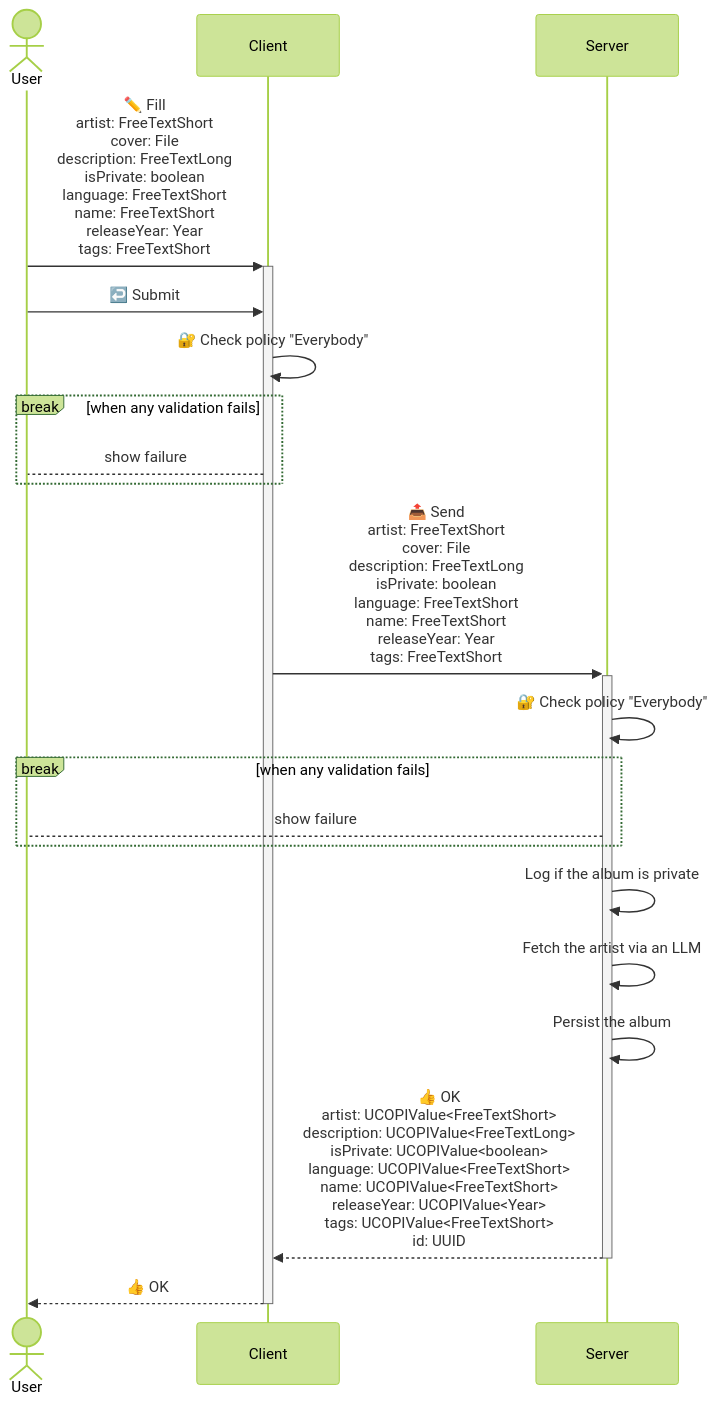
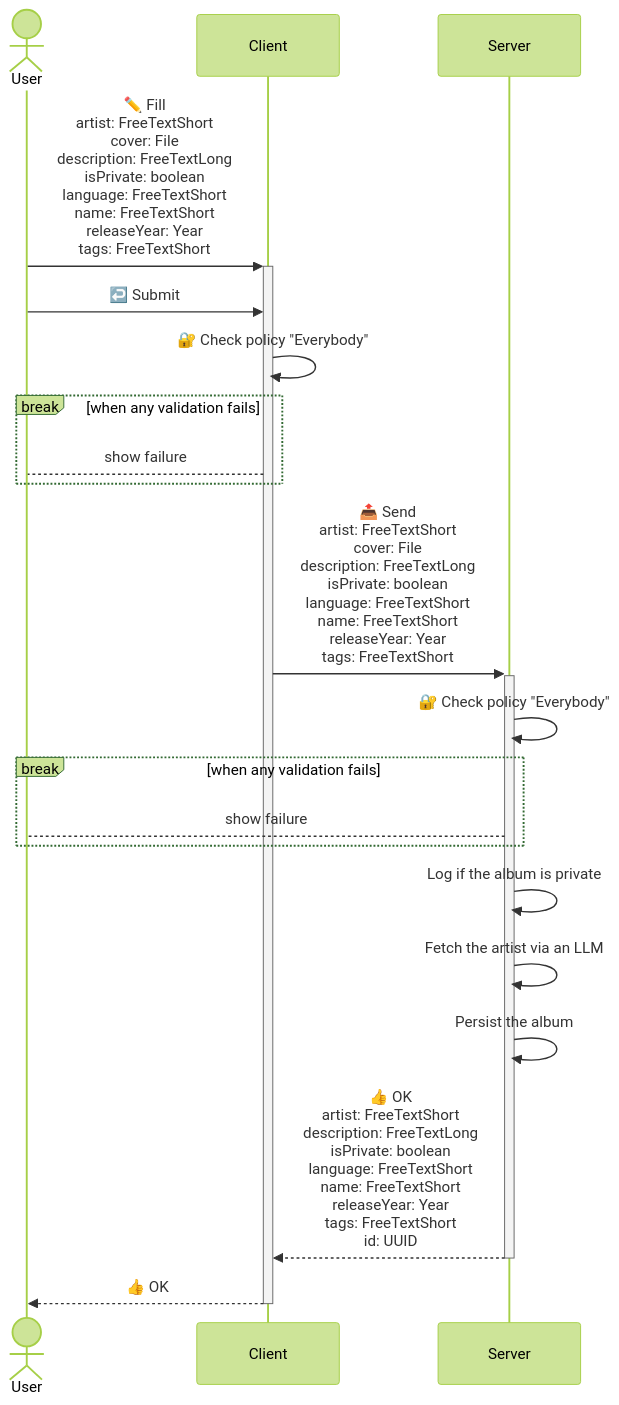
One commit to c100k/libmodulor changed the first of 6 diagrams in examples/apps/Spotify/README.md. Above: the diagram before and after it, drawn with Mermaid (forest theme). The commit also changed other lines of this file and 7 other files, not shown here.

````diff
--- a/examples/apps/Spotify/README.md
+++ b/examples/apps/Spotify/README.md
@@ -13,20 +13,20 @@
 ```mermaid
 sequenceDiagram
     actor User
     User->>+Client: ✏️ Fill<br/>artist: FreeTextShort<br/>cover: File<br/>description: FreeTextLong<br/>isPrivate: boolean<br/>language: FreeTextShort<br/>name: FreeTextShort<br/>releaseYear: Year<br/>tags: FreeTextShort
     User->>Client: ↩️ Submit
     Client->>Client: 🔐 Check policy "Everybody"
     break when any validation fails
         Client-->User: show failure
     end
     Client->>+Server: 📤 Send<br/>artist: FreeTextShort<br/>cover: File<br/>description: FreeTextLong<br/>isPrivate: boolean<br/>language: FreeTextShort<br/>name: FreeTextShort<br/>releaseYear: Year<br/>tags: FreeTextShort
     Server->>Server: 🔐 Check policy "Everybody"
     break when any validation fails
         Server-->User: show failure
     end
     Server->>Server: Log if the album is private
     Server->>Server: Fetch the artist via an LLM
     Server->>Server: Persist the album
-    Server-->>-Client: 👍 OK<br/>artist: UCOPIValue<FreeTextShort><br/>description: UCOPIValue<FreeTextLong><br/>isPrivate: UCOPIValue<boolean><br/>language: UCOPIValue<FreeTextShort><br/>name: UCOPIValue<FreeTextShort><br/>releaseYear: UCOPIValue<Year><br/>tags: UCOPIValue<FreeTextShort><br/>id: UUID
+    Server-->>-Client: 👍 OK<br/>artist: FreeTextShort<br/>description: FreeTextLong<br/>isPrivate: boolean<br/>language: FreeTextShort<br/>name: FreeTextShort<br/>releaseYear: Year<br/>tags: FreeTextShort<br/>id: UUID
     Client-->>-User: 👍 OK
 ```
````
